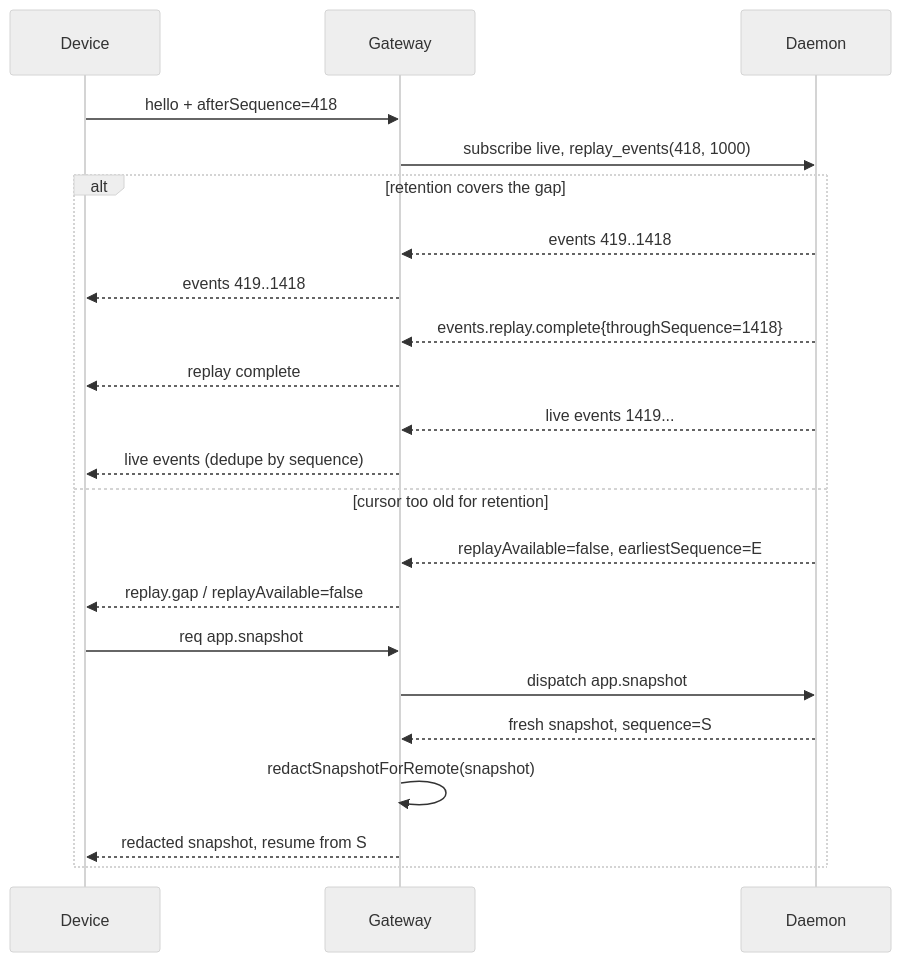
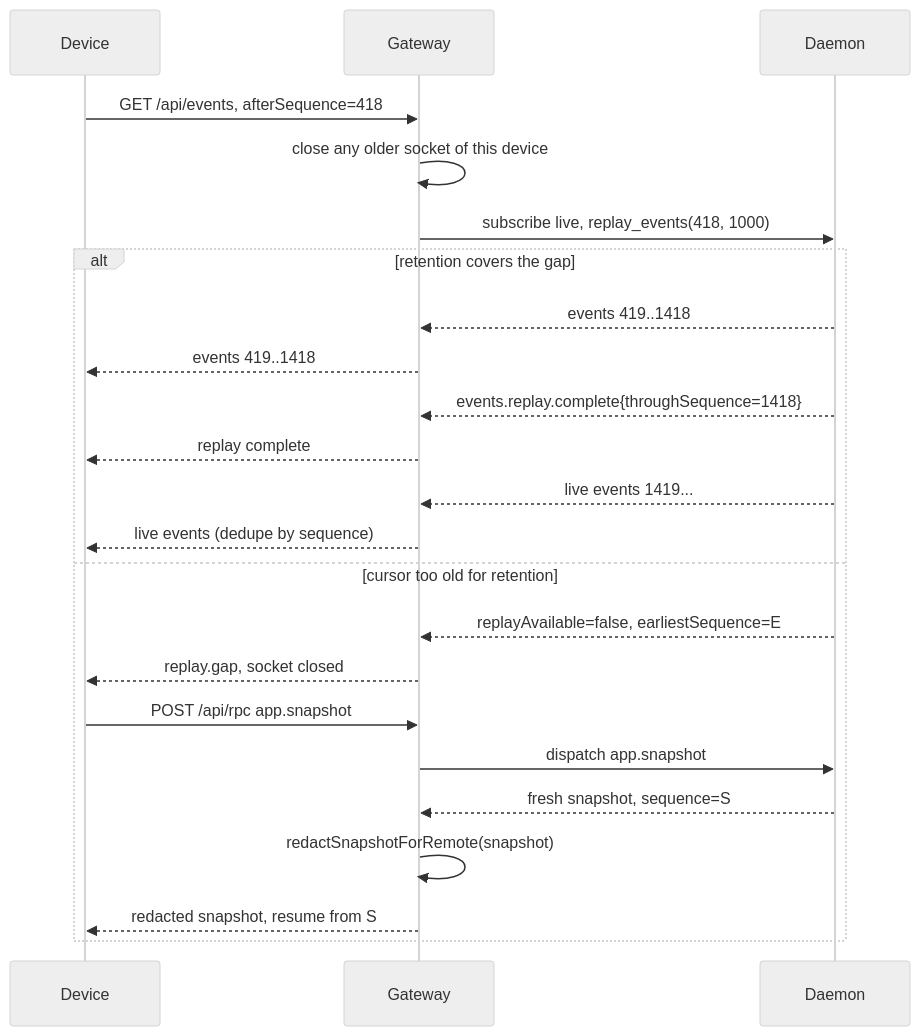
The third of 7 diagrams in docs/remote/SEQUENCES.md (sico-vibes/bloblex), drawn with Mermaid (neutral theme) before and after one commit. The commit also changed other lines of this file and 10 other files, not shown here.

````diff
--- a/docs/remote/SEQUENCES.md
+++ b/docs/remote/SEQUENCES.md
@@ -99,25 +91,26 @@
 ```mermaid
 sequenceDiagram
     participant Device
     participant Gateway
     participant Daemon
 
-    Device->>Gateway: hello + afterSequence=418
+    Device->>Gateway: GET /api/events, afterSequence=418
+    Gateway->>Gateway: close any older socket of this device
     Gateway->>Daemon: subscribe live, replay_events(418, 1000)
     alt retention covers the gap
         Daemon-->>Gateway: events 419..1418
         Gateway-->>Device: events 419..1418
         Daemon-->>Gateway: events.replay.complete{throughSequence=1418}
         Gateway-->>Device: replay complete
         Daemon-->>Gateway: live events 1419...
         Gateway-->>Device: live events (dedupe by sequence)
     else cursor too old for retention
         Daemon-->>Gateway: replayAvailable=false, earliestSequence=E
-        Gateway-->>Device: replay.gap / replayAvailable=false
-        Device->>Gateway: req app.snapshot
+        Gateway-->>Device: replay.gap, socket closed
+        Device->>Gateway: POST /api/rpc app.snapshot
         Gateway->>Daemon: dispatch app.snapshot
         Daemon-->>Gateway: fresh snapshot, sequence=S
         Gateway->>Gateway: redactSnapshotForRemote(snapshot)
         Gateway-->>Device: redacted snapshot, resume from S
     end
 ```
````
